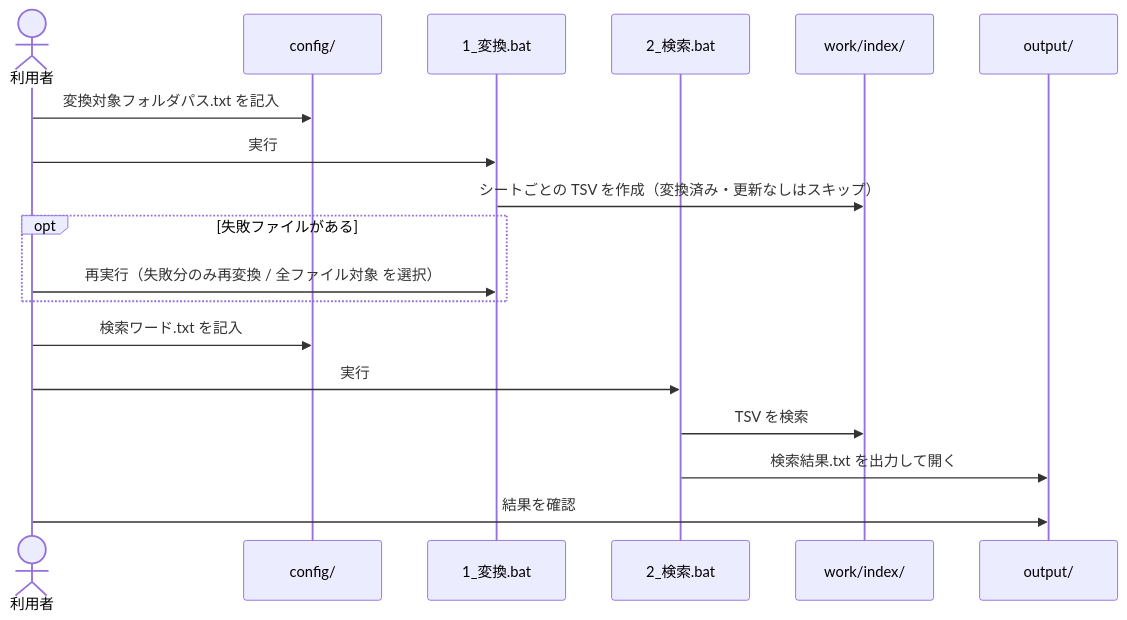
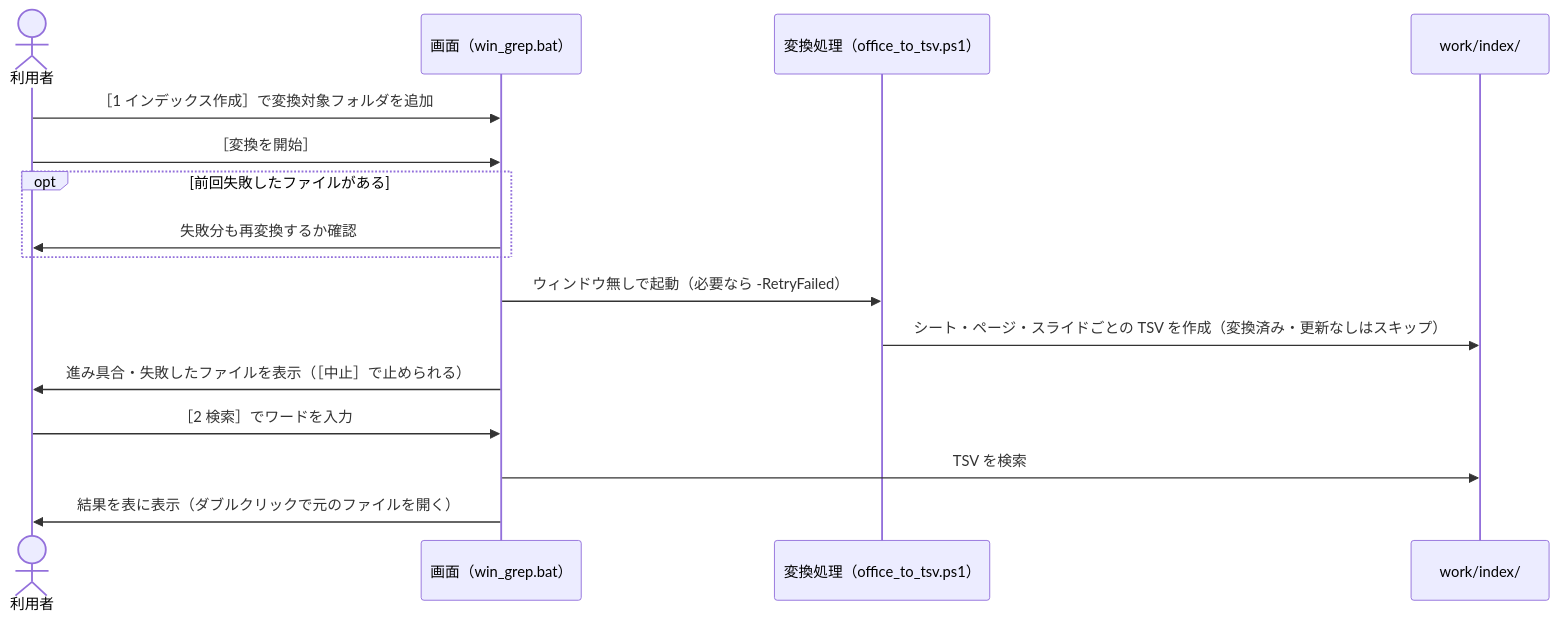
One commit to hsgwa/tebunko changed the second of 2 diagrams in docs/00_index.md. Above: the diagram before and after it, drawn with Mermaid. The commit also changed other lines of this file and 28 other files, not shown here.

````diff
--- a/docs/00_index.md
+++ b/docs/00_index.md
@@ -93,21 +122,19 @@
 ```mermaid
 sequenceDiagram
     actor U as 利用者
-    participant C as config/
-    participant B1 as 1_変換.bat
-    participant B2 as 2_検索.bat
+    participant G as 画面（win_grep.bat）
+    participant CV as 変換処理（office_to_tsv.ps1）
     participant W as work/index/
-    participant O as output/
 
-    U->>C: 変換対象フォルダパス.txt を記入
-    U->>B1: 実行
-    B1->>W: シートごとの TSV を作成（変換済み・更新なしはスキップ）
-    opt 失敗ファイルがある
-        U->>B1: 再実行（失敗分のみ再変換 / 全ファイル対象 を選択）
+    U->>G: ［1 インデックス作成］で変換対象フォルダを追加
+    U->>G: ［変換を開始］
+    opt 前回失敗したファイルがある
+        G->>U: 失敗分も再変換するか確認
     end
-    U->>C: 検索ワード.txt を記入
-    U->>B2: 実行
-    B2->>W: TSV を検索
-    B2->>O: 検索結果.txt を出力して開く
-    U->>O: 結果を確認
+    G->>CV: ウィンドウ無しで起動（必要なら -RetryFailed）
+    CV->>W: シート・ページ・スライドごとの TSV を作成（変換済み・更新なしはスキップ）
+    G->>U: 進み具合・失敗したファイルを表示（［中止］で止められる）
+    U->>G: ［2 検索］でワードを入力
+    G->>W: TSV を検索
+    G->>U: 結果を表に表示（ダブルクリックで元のファイルを開く）
 ```
````
